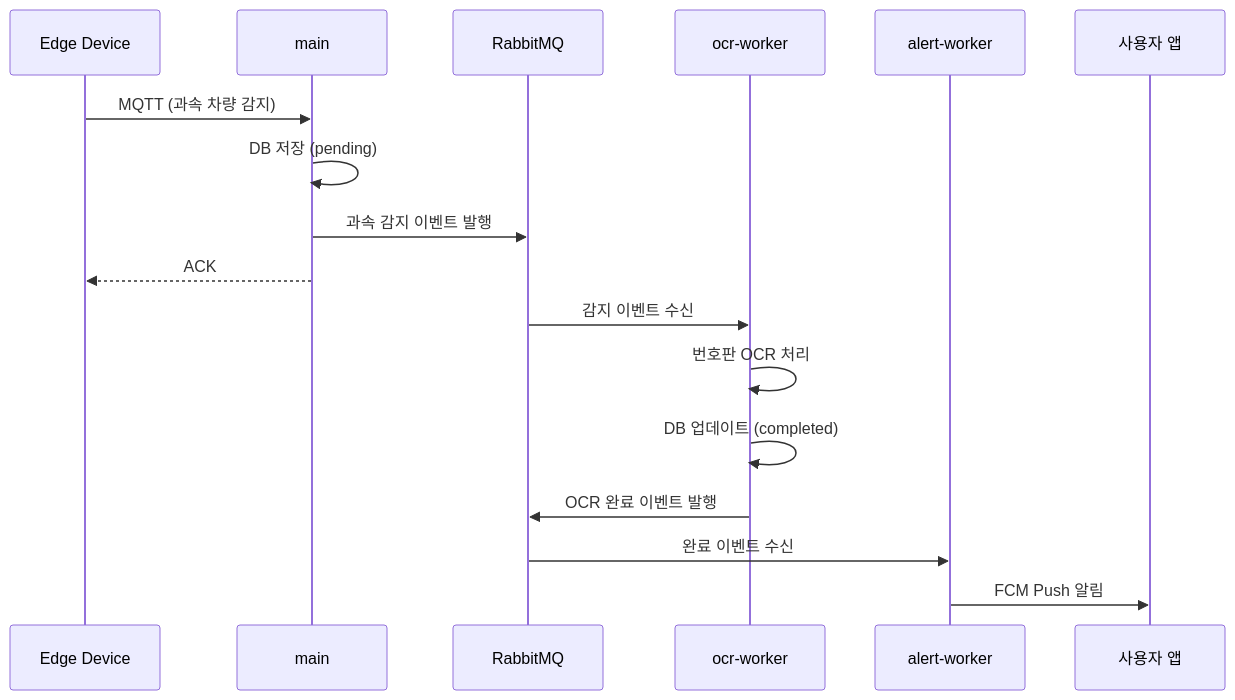
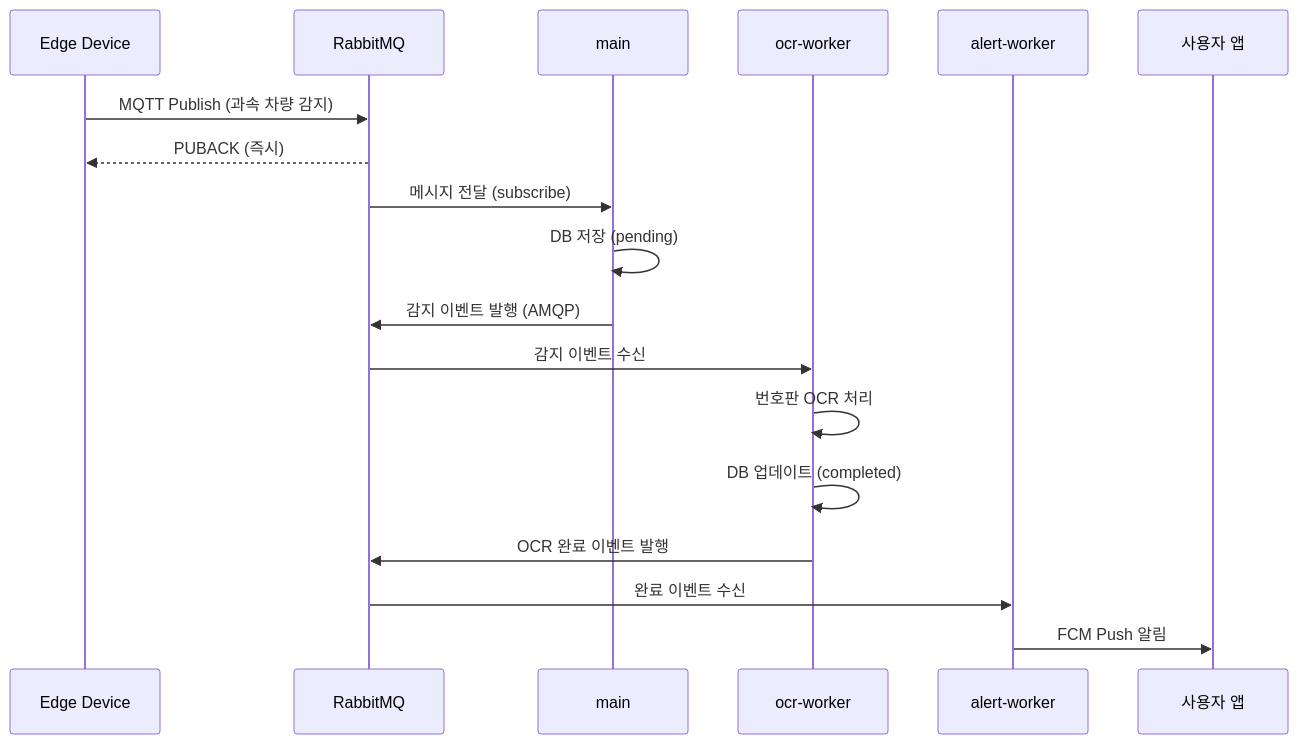
One commit to Qualcom-Capstone/backend changed diagram 12 of 12 in docs/ARCHITECTURE_COMPARISON.md. Above: the diagram before and after it, drawn with Mermaid. The commit also changed other lines of this file, not shown here.

First line of the commit message:
docs: fix sequence diagrams to show correct MQTT flow

````diff
--- a/docs/ARCHITECTURE_COMPARISON.md
+++ b/docs/ARCHITECTURE_COMPARISON.md
@@ -403,22 +406,23 @@
 ```mermaid
 sequenceDiagram
     participant Edge as Edge Device
+    participant RMQ as RabbitMQ
     participant Main as main
-    participant RMQ as RabbitMQ
     participant OCR as ocr-worker
     participant Alert as alert-worker
     participant User as 사용자 앱
 
-    Edge->>Main: MQTT (과속 차량 감지)
+    Edge->>RMQ: MQTT Publish (과속 차량 감지)
+    RMQ-->>Edge: PUBACK (즉시)
+    RMQ->>Main: 메시지 전달 (subscribe)
     Main->>Main: DB 저장 (pending)
-    Main->>RMQ: 과속 감지 이벤트 발행
-    Main-->>Edge: ACK
+    Main->>RMQ: 감지 이벤트 발행 (AMQP)
 
     RMQ->>OCR: 감지 이벤트 수신
     OCR->>OCR: 번호판 OCR 처리
     OCR->>OCR: DB 업데이트 (completed)
     OCR->>RMQ: OCR 완료 이벤트 발행
 
     RMQ->>Alert: 완료 이벤트 수신
     Alert->>User: FCM Push 알림
 ```
````
